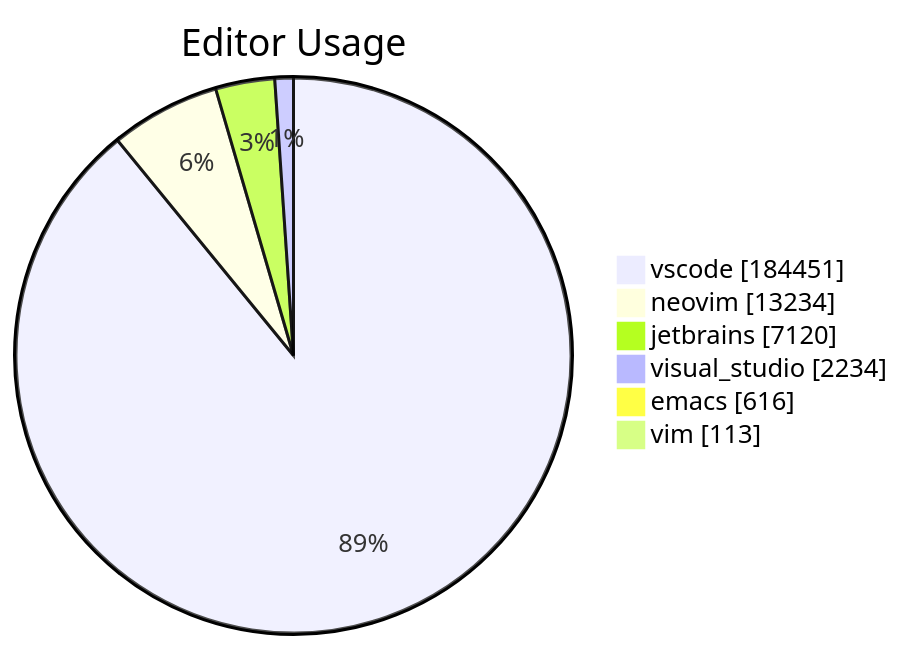
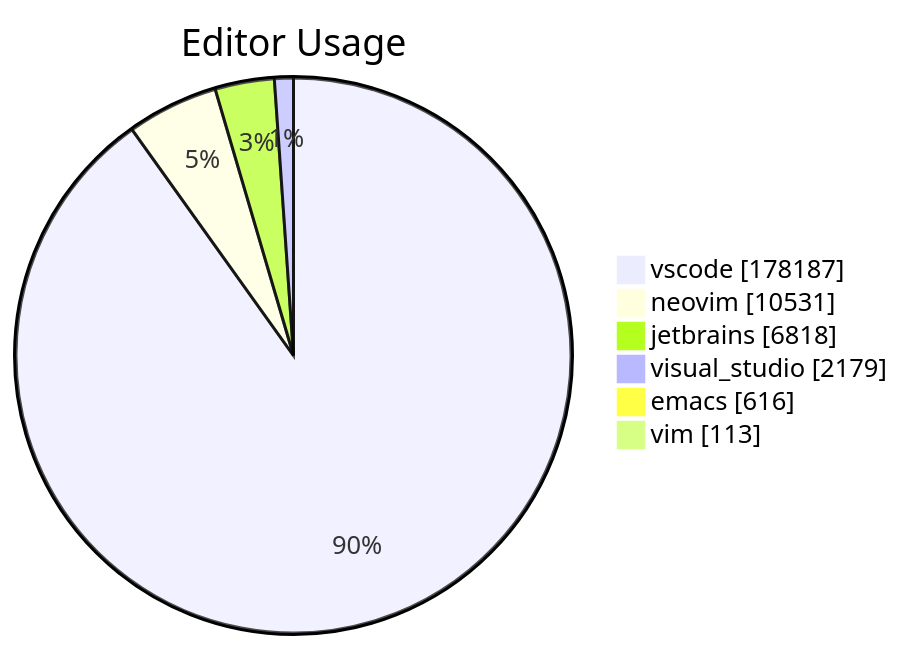
One commit to austenstone/copilot-usage changed the fourth of 5 diagrams in README.md. Above: the diagram before and after it, drawn with Mermaid. The commit also changed other lines of this file and 2 other files, not shown here.

````diff
--- a/README.md
+++ b/README.md
@@ -185,10 +185,10 @@
 ```mermaid
 pie showData
 title Editor Usage
-    "vscode" : 184451
-"neovim" : 13234
-"jetbrains" : 7120
-"visual_studio" : 2234
+    "vscode" : 178187
+"neovim" : 10531
+"jetbrains" : 6818
+"visual_studio" : 2179
 "emacs" : 616
 "vim" : 113
 ```
````
